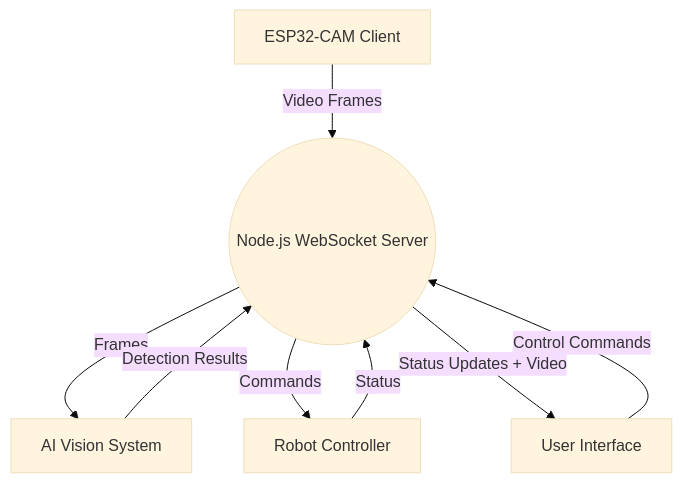
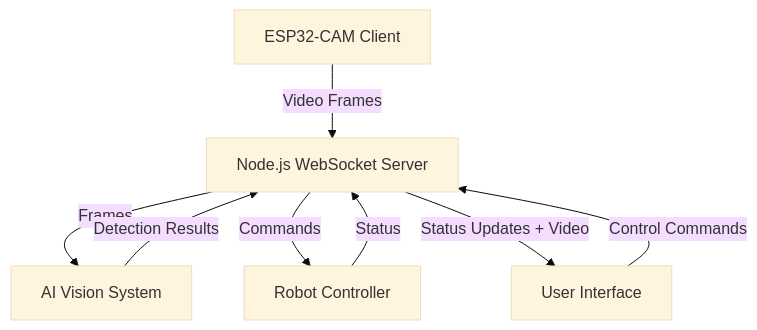
Before and after one commit to Red-misst/arm-robot-iot: the eighth of 11 diagrams in README.md, drawn with Mermaid (base theme). The commit also changed other lines of this file and 3 other files, not shown here.

````diff
--- a/README.md
+++ b/README.md
@@ -86,16 +362,16 @@
 ```mermaid
 flowchart TD
-    Server((Node.js WebSocket Server))
-    Camera[ESP32-CAM Client]
-    Robot[Robot Controller]
-    AI[AI Vision System]
-    UI[User Interface]
+    Server["Node.js WebSocket Server"]
+    Camera["ESP32-CAM Client"]
+    Robot["Robot Controller"]
+    AI["AI Vision System"]
+    UI["User Interface"]
     
     Camera -->|Video Frames| Server
     Server -->|Frames| AI
     AI -->|Detection Results| Server
     Server -->|Commands| Robot
     Robot -->|Status| Server
     UI -->|Control Commands| Server
     Server -->|Status Updates + Video| UI
 ```
````
